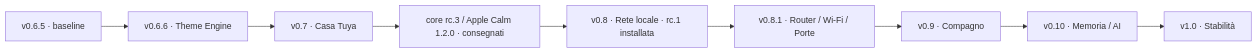
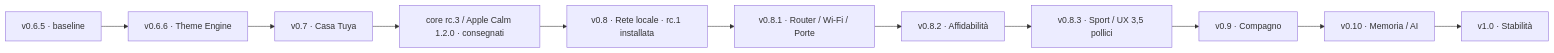
The diagram in dashboard/design/release-masterplan.md (GiDanis/desk-pulse), drawn with Mermaid before and after one commit. The commit also changed other lines of this file and 3461 other files, not shown here.

````diff
--- a/dashboard/design/release-masterplan.md
+++ b/dashboard/design/release-masterplan.md
@@ -81,11 +90,13 @@
 ```mermaid
 flowchart LR
   A["v0.6.5 · baseline"] --> B["v0.6.6 · Theme Engine"]
   B --> C["v0.7 · Casa Tuya"]
   C --> P["core rc.3 / Apple Calm 1.2.0 · consegnati"]
   P --> D["v0.8 · Rete locale · rc.1 installata"]
   D --> H["v0.8.1 · Router / Wi-Fi / Porte"]
-  H --> E["v0.9 · Compagno"]
+  H --> I["v0.8.2 · Affidabilità"]
+  I --> J["v0.8.3 · Sport / UX 3,5 pollici"]
+  J --> E["v0.9 · Compagno"]
   E --> F["v0.10 · Memoria / AI"]
   F --> G["v1.0 · Stabilità"]
 ```
````
